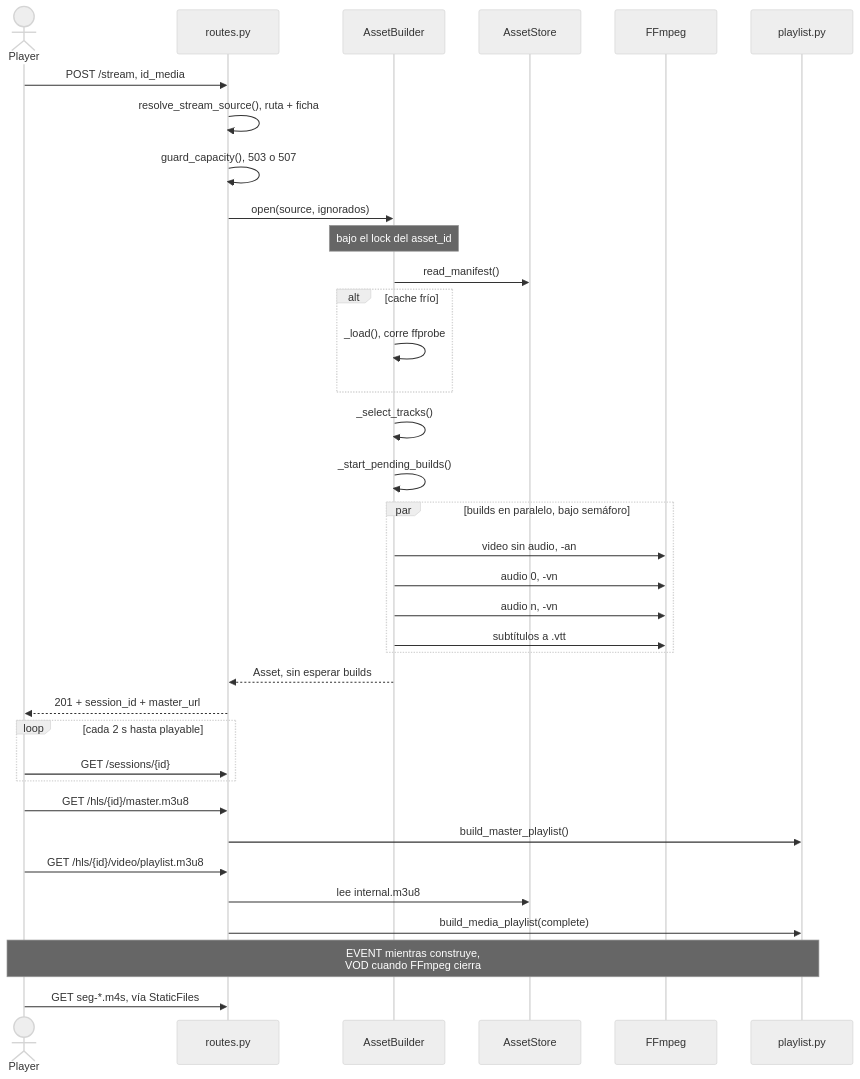
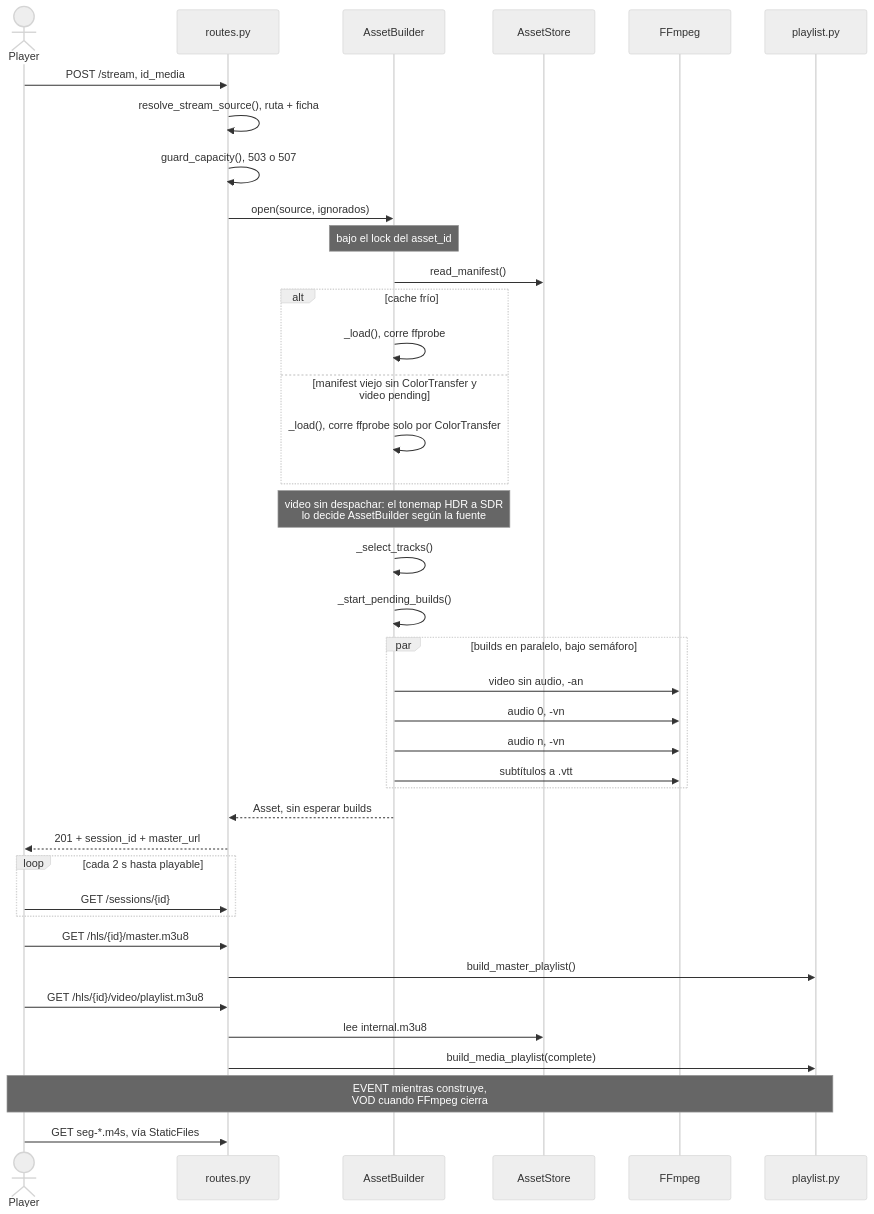
Before and after one commit to Juan045/home-stream-app: the sixth of 14 diagrams in system_arquitecture.md, drawn with Mermaid (neutral theme). The commit also changed 8 other files, not shown here.

Commit message:
FIX: HDR-to-SDR H264

````diff
--- a/system_arquitecture.md
+++ b/system_arquitecture.md
@@ -337,44 +337,47 @@
 ```mermaid
 sequenceDiagram
     actor P as Player
     participant API as routes.py
     participant B as AssetBuilder
     participant S as AssetStore
     participant F as FFmpeg
     participant PL as playlist.py
 
     P->>API: POST /stream, id_media
     API->>API: resolve_stream_source(), ruta + ficha
     API->>API: guard_capacity(), 503 o 507
     API->>B: open(source, ignorados)
 
     Note over B: bajo el lock del asset_id
     B->>S: read_manifest()
     alt cache frío
         B->>B: _load(), corre ffprobe
+    else manifest viejo sin ColorTransfer y video pending
+        B->>B: _load(), corre ffprobe solo por ColorTransfer
     end
+    Note over B: video sin despachar: el tonemap HDR a SDR<br/>lo decide AssetBuilder según la fuente
     B->>B: _select_tracks()
     B->>B: _start_pending_builds()
 
     par builds en paralelo, bajo semáforo
         B->>F: video sin audio, -an
         B->>F: audio 0, -vn
         B->>F: audio n, -vn
         B->>F: subtítulos a .vtt
     end
 
     B-->>API: Asset, sin esperar builds
     API-->>P: 201 + session_id + master_url
 
     loop cada 2 s hasta playable
         P->>API: GET /sessions/{id}
     end
 
     P->>API: GET /hls/{id}/master.m3u8
     API->>PL: build_master_playlist()
     P->>API: GET /hls/{id}/video/playlist.m3u8
     API->>S: lee internal.m3u8
     API->>PL: build_media_playlist(complete)
     Note over P,PL: EVENT mientras construye,<br/>VOD cuando FFmpeg cierra
     P->>API: GET seg-*.m4s, vía StaticFiles
 ```
````
